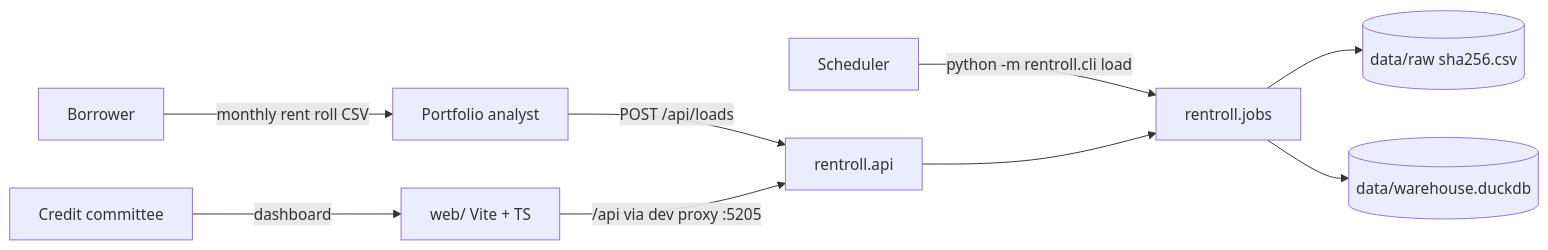
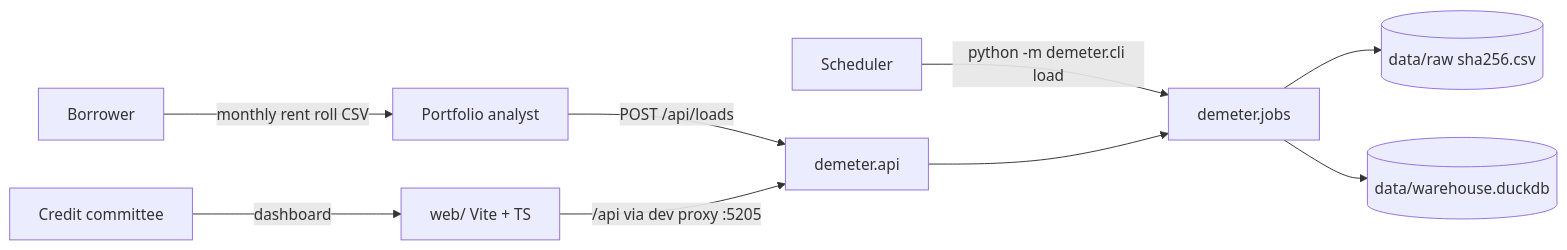
One commit to Legion91919/demeter changed the diagram in .agentic/architecture.md. Above: the diagram before and after it, drawn with Mermaid. The commit also changed other lines of this file and 38 other files, not shown here.

Commit message:
Rename Rent Roll Pipeline to Demeter (product, Python package and dashboard)

````diff
--- a/.agentic/architecture.md
+++ b/.agentic/architecture.md
@@ -34,11 +34,11 @@
 ```mermaid
 flowchart LR
   borrower[Borrower] -->|monthly rent roll CSV| analyst[Portfolio analyst]
-  analyst -->|POST /api/loads| api[rentroll.api]
+  analyst -->|POST /api/loads| api[demeter.api]
   committee[Credit committee] -->|dashboard| web[web/ Vite + TS]
   web -->|/api via dev proxy :5205| api
-  ops[Scheduler] -->|python -m rentroll.cli load| jobs[rentroll.jobs]
+  ops[Scheduler] -->|python -m demeter.cli load| jobs[demeter.jobs]
   api --> jobs
   jobs --> raw[(data/raw sha256.csv)]
   jobs --> duck[(data/warehouse.duckdb)]
 ```
````
